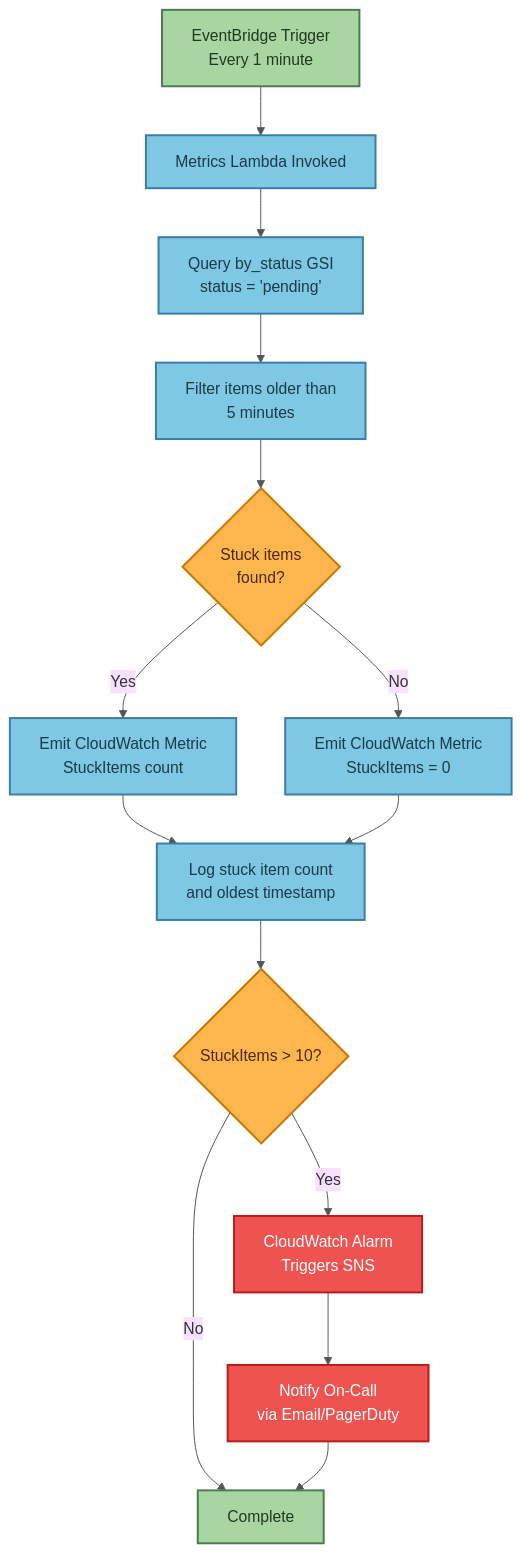
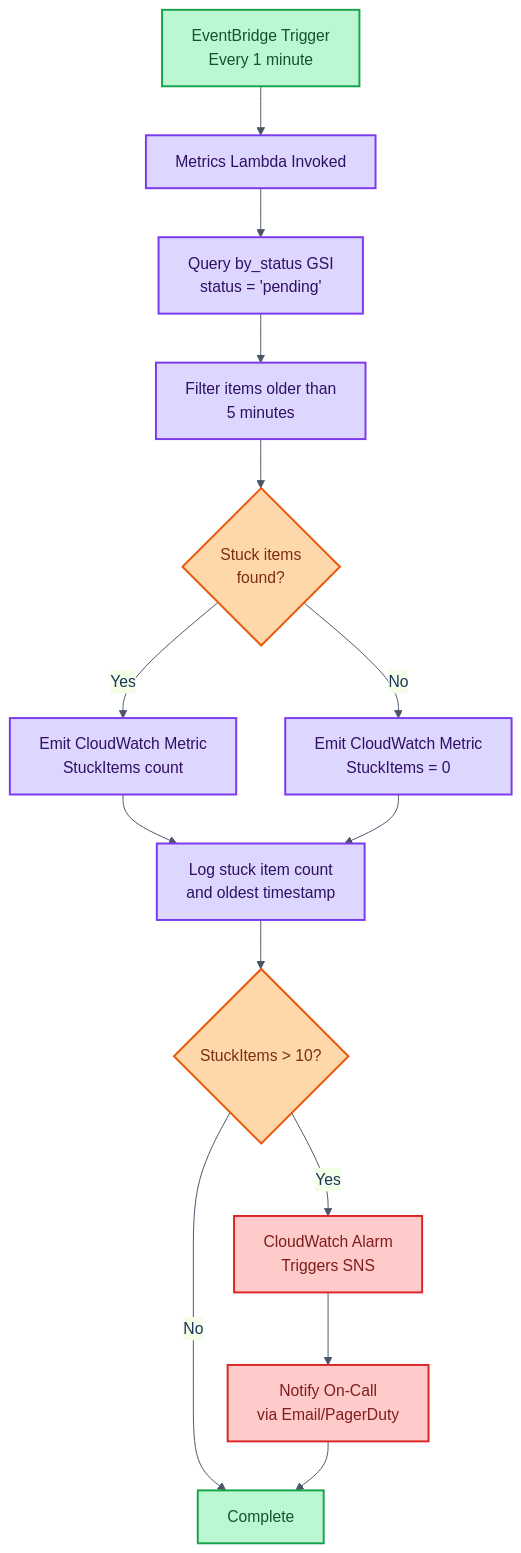
One commit to traylorre/sentiment-analyzer-gsk changed the second of 10 diagrams in docs/OPERATIONAL_FLOWS.md. Above: the diagram before and after it, drawn with Mermaid. The commit also changed other lines of this file and 3 other files, not shown here.

First line of the commit message:
docs: Update all diagrams with unified WCAG-compliant color palette

````diff
--- a/docs/OPERATIONAL_FLOWS.md
+++ b/docs/OPERATIONAL_FLOWS.md
@@ -79,27 +79,27 @@
 ```mermaid
-%%{init: {'theme':'base', 'themeVariables': {'primaryColor':'#fff8e1', 'primaryTextColor':'#333', 'primaryBorderColor':'#c9a227', 'lineColor':'#555'}}}%%
+%%{init: {'theme': 'base', 'themeVariables': {'primaryColor': '#e8f4fd', 'primaryTextColor': '#1a365d', 'primaryBorderColor': '#3182ce', 'lineColor': '#4a5568'}}}%%
 flowchart TD
     Start[EventBridge Trigger<br/>Every 1 minute] --> MetricsLambda[Metrics Lambda Invoked]
     MetricsLambda --> QueryGSI[Query by_status GSI<br/>status = 'pending']
     QueryGSI --> FilterOld[Filter items older than<br/>5 minutes]
     FilterOld --> Count{Stuck items<br/>found?}
     Count -->|Yes| EmitMetric[Emit CloudWatch Metric<br/>StuckItems count]
     Count -->|No| EmitZero[Emit CloudWatch Metric<br/>StuckItems = 0]
     EmitMetric --> LogResults[Log stuck item count<br/>and oldest timestamp]
     EmitZero --> LogResults
     LogResults --> CheckAlarm{StuckItems > 10?}
     CheckAlarm -->|Yes| TriggerAlarm[CloudWatch Alarm<br/>Triggers SNS]
     CheckAlarm -->|No| End[Complete]
     TriggerAlarm --> NotifyOnCall[Notify On-Call<br/>via Email/PagerDuty]
     NotifyOnCall --> End
 
-    classDef successNode fill:#a8d5a2,stroke:#4a7c4e,stroke-width:2px,color:#1e3a1e
-    classDef processNode fill:#7ec8e3,stroke:#3a7ca5,stroke-width:2px,color:#1a3a4a
-    classDef decisionNode fill:#ffb74d,stroke:#c77800,stroke-width:2px,color:#4a2800
-    classDef alertNode fill:#ef5350,stroke:#b71c1c,stroke-width:2px,color:#fff
+    classDef successNode fill:#bbf7d0,stroke:#16a34a,stroke-width:2px,color:#14532d
+    classDef processNode fill:#ddd6fe,stroke:#7c3aed,stroke-width:2px,color:#2e1065
+    classDef decisionNode fill:#fed7aa,stroke:#ea580c,stroke-width:2px,color:#7c2d12
+    classDef alertNode fill:#fecaca,stroke:#dc2626,stroke-width:2px,color:#7f1d1d
 
     class Start,End successNode
     class MetricsLambda,QueryGSI,FilterOld,EmitMetric,EmitZero,LogResults processNode
     class Count,CheckAlarm decisionNode
     class TriggerAlarm,NotifyOnCall alertNode
 ```
````
